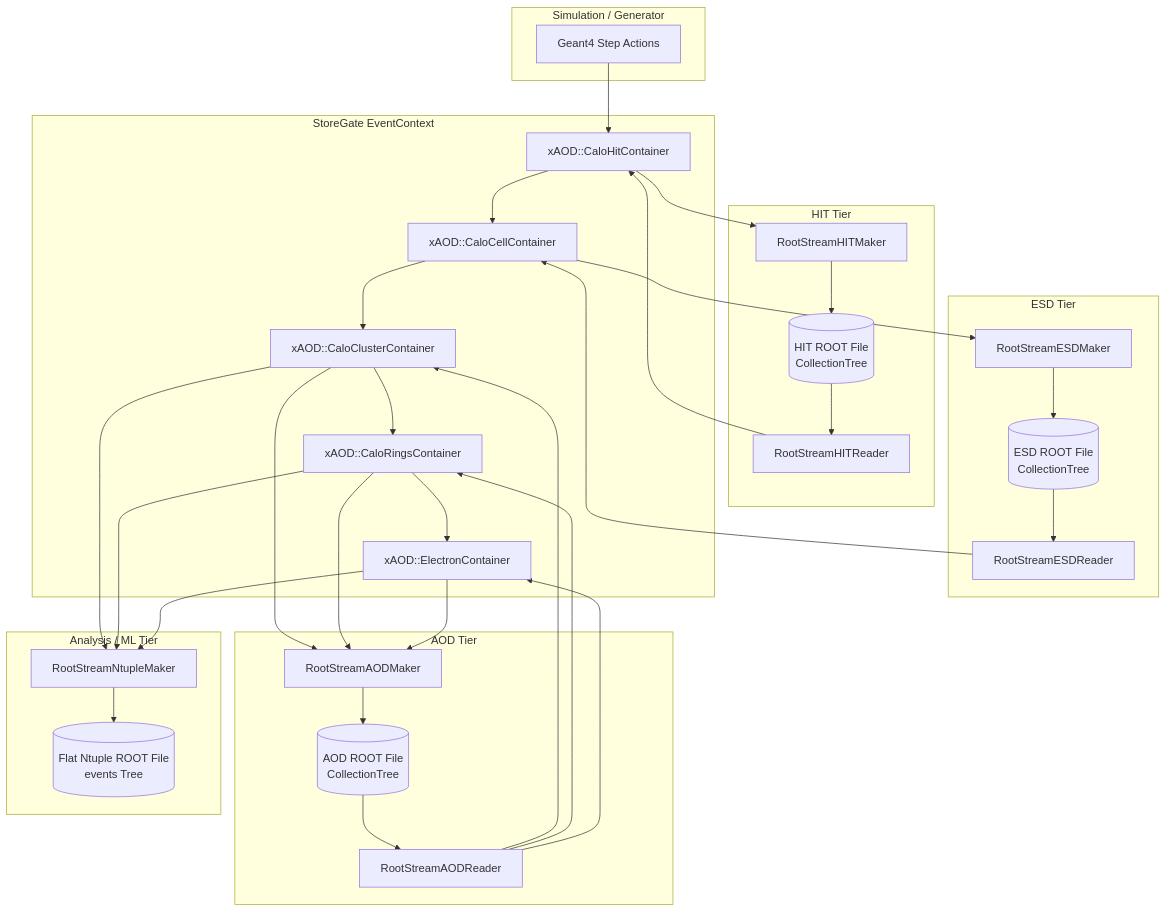
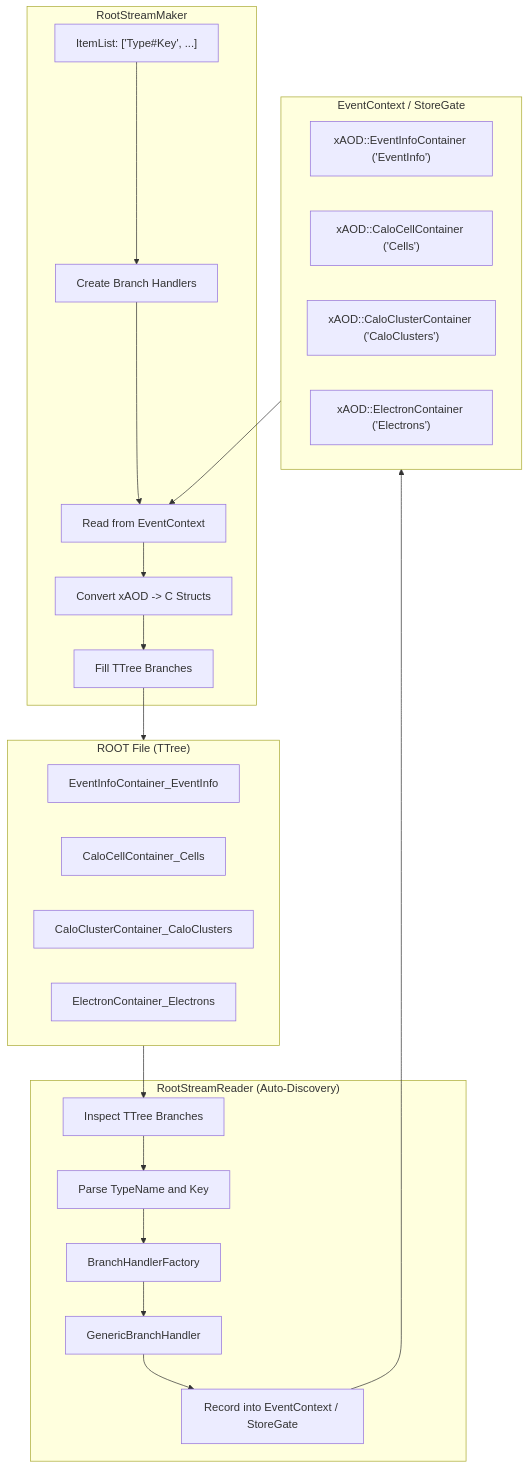
One commit to lordhsdw999-a11y/lorenzetti changed the diagram in reconstruction/io/RootStreamBuilder/README.md. Above: the diagram before and after it, drawn with Mermaid. The commit also changed other lines of this file and 175 other files, not shown here.

````diff
--- a/reconstruction/io/RootStreamBuilder/README.md
+++ b/reconstruction/io/RootStreamBuilder/README.md
@@ -9,45 +14,35 @@
 ```mermaid
-flowchart TD
-    subgraph Simulation["Simulation / Generator"]
-        Geant4["Geant4 Step Actions"]
+graph TD
+    subgraph Storage ["ROOT File (TTree)"]
+        B1["EventInfoContainer_EventInfo"]
+        B2["CaloCellContainer_Cells"]
+        B3["CaloClusterContainer_CaloClusters"]
+        B4["ElectronContainer_Electrons"]
     end
 
-    subgraph HIT_Tier["HIT Tier"]
-        HitMaker["RootStreamHITMaker"]
-        HitTree[("HIT ROOT File<br/>CollectionTree")]
-        HitReader["RootStreamHITReader"]
+    subgraph Reading ["RootStreamReader (Auto-Discovery)"]
+        Inspect["Inspect TTree Branches"] --> Parse["Parse TypeName and Key"]
+        Parse --> Factory["BranchHandlerFactory"]
+        Factory --> Handler["GenericBranchHandler<Container, Struct, Converter>"]
+        Handler --> SG_Record["Record into EventContext / StoreGate"]
     end
 
-    subgraph ESD_Tier["ESD Tier"]
-        ESDMaker["RootStreamESDMaker"]
-        ESDTree[("ESD ROOT File<br/>CollectionTree")]
-        ESDReader["RootStreamESDReader"]
+    subgraph Memory ["EventContext / StoreGate"]
+        C1["xAOD::EventInfoContainer ('EventInfo')"]
+        C2["xAOD::CaloCellContainer ('Cells')"]
+        C3["xAOD::CaloClusterContainer ('CaloClusters')"]
+        C4["xAOD::ElectronContainer ('Electrons')"]
     end
 
-    subgraph AOD_Tier["AOD Tier"]
-        AODMaker["RootStreamAODMaker"]
-        AODTree[("AOD ROOT File<br/>CollectionTree")]
-        AODReader["RootStreamAODReader"]
+    subgraph Writing ["RootStreamMaker"]
+        ItemList["ItemList: ['Type#Key', ...]"] --> MakeHandler["Create Branch Handlers"]
+        MakeHandler --> SG_Read["Read from EventContext"]
+        SG_Read --> Convert["Convert xAOD -> C Structs"]
+        Convert --> FillTree["Fill TTree Branches"]
     end
 
-    subgraph Analysis["Analysis / ML Tier"]
-        NtupleMaker["RootStreamNtupleMaker"]
-        FlatNtuple[("Flat Ntuple ROOT File<br/>events Tree")]
-    end
-
-    subgraph StoreGate["StoreGate EventContext"]
-        Hits["xAOD::CaloHitContainer"]
-        Cells["xAOD::CaloCellContainer"]
-        Clusters["xAOD::CaloClusterContainer"]
-        Rings["xAOD::CaloRingsContainer"]
-        Electrons["xAOD::ElectronContainer"]
-    end
-
-    Geant4 --> Hits
-    Hits --> HitMaker --> HitTree --> HitReader --> Hits
-    Hits --> Cells
-    Cells --> ESDMaker --> ESDTree --> ESDReader --> Cells
-    Cells --> Clusters --> Rings --> Electrons
-    Clusters & Rings & Electrons --> AODMaker --> AODTree --> AODReader --> Clusters & Rings & Electrons
-    Clusters & Rings & Electrons --> NtupleMaker --> FlatNtuple
+    Storage --> Inspect
+    SG_Record --> Memory
+    Memory --> SG_Read
+    FillTree --> Storage
 ```
````
